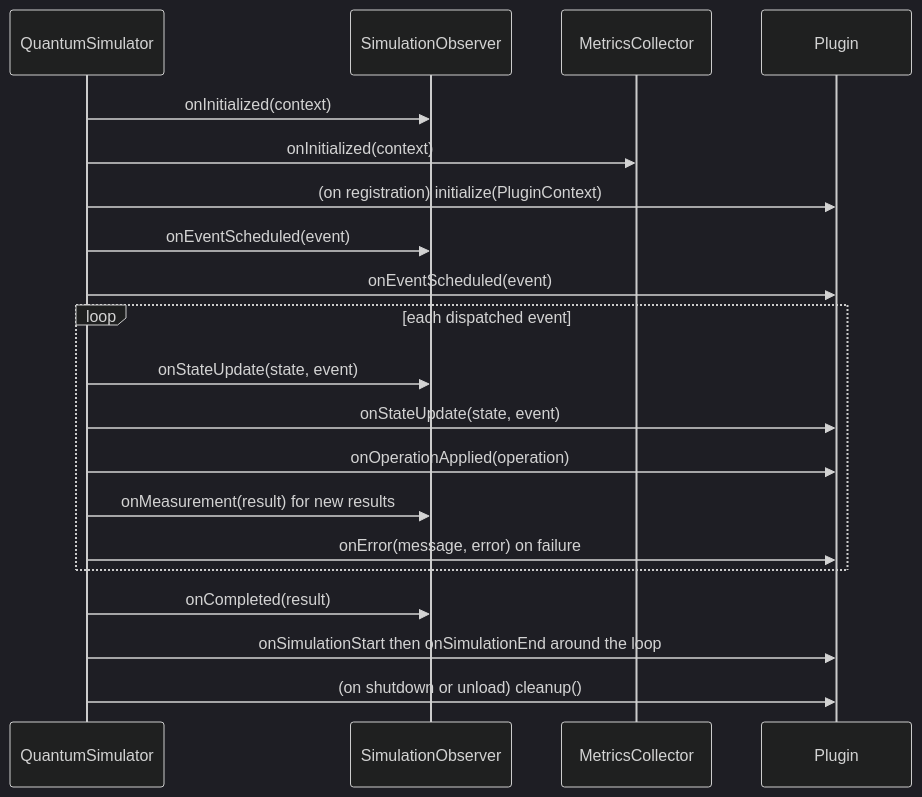
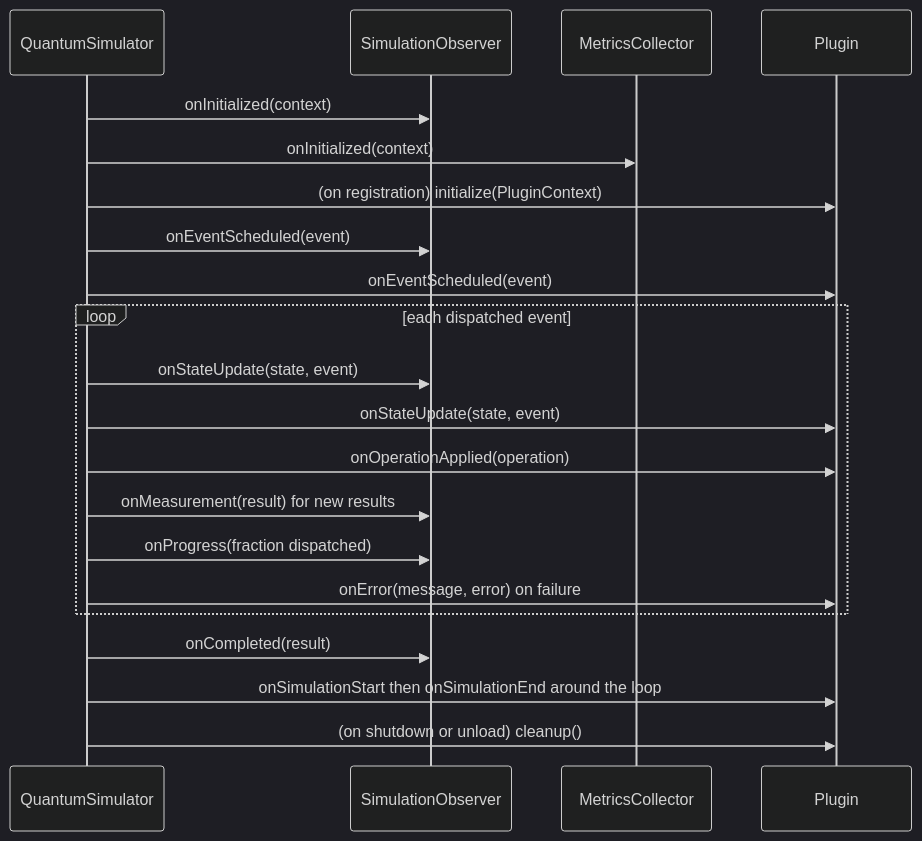
The first of 2 diagrams in docs/07-extending.md (CharafeddineMechalikh/QForge), drawn with Mermaid (dark theme) before and after one commit. The commit also changed other lines of this file and 22 other files, not shown here.

````diff
--- a/docs/07-extending.md
+++ b/docs/07-extending.md
@@ -21,23 +21,24 @@
 ```mermaid
 sequenceDiagram
     participant SIM as QuantumSimulator
     participant OBS as SimulationObserver
     participant MET as MetricsCollector
     participant PL as Plugin
 
     SIM->>OBS: onInitialized(context)
     SIM->>MET: onInitialized(context)
     SIM->>PL: (on registration) initialize(PluginContext)
     SIM->>OBS: onEventScheduled(event)
     SIM->>PL: onEventScheduled(event)
     loop each dispatched event
         SIM->>OBS: onStateUpdate(state, event)
         SIM->>PL: onStateUpdate(state, event)
         SIM->>PL: onOperationApplied(operation)
         SIM->>OBS: onMeasurement(result) for new results
+        SIM->>OBS: onProgress(fraction dispatched)
         SIM->>PL: onError(message, error) on failure
     end
     SIM->>OBS: onCompleted(result)
     SIM->>PL: onSimulationStart then onSimulationEnd around the loop
     SIM->>PL: (on shutdown or unload) cleanup()
 ```
````
